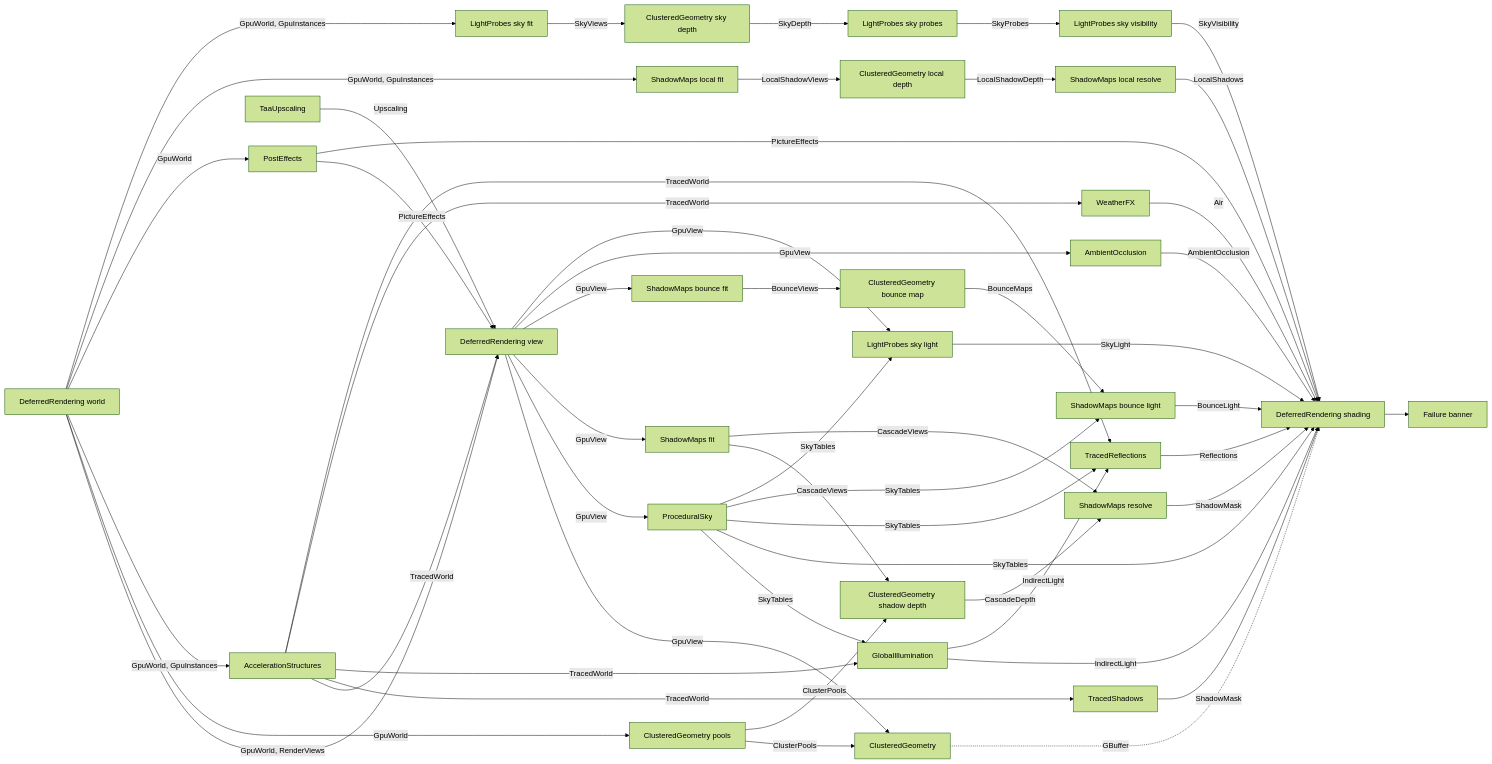
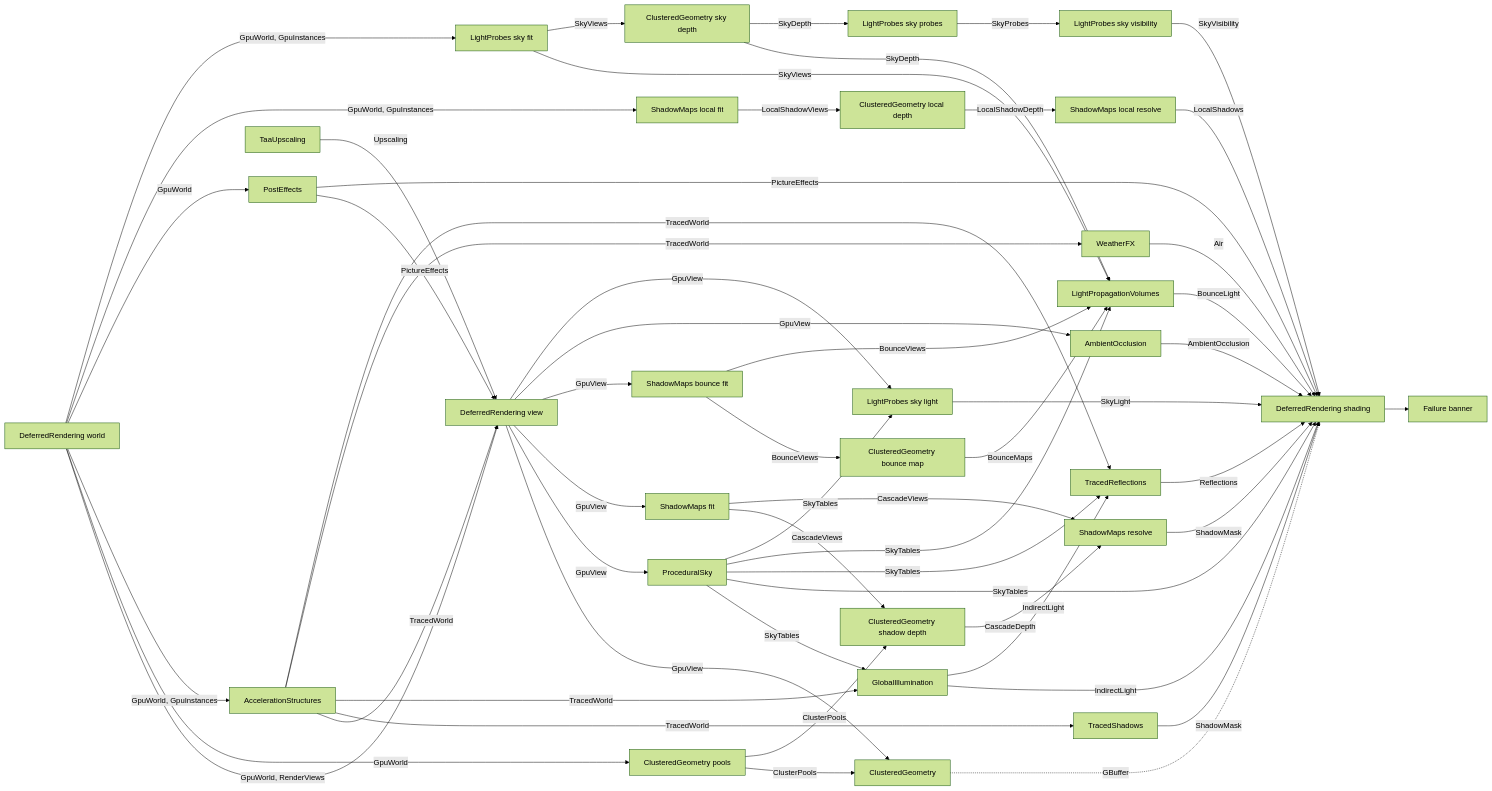
One commit to Konfus-org/Magic changed the diagram in docs/RENDERING.md. Above: the diagram before and after it, drawn with Mermaid (forest theme). The commit also changed other lines of this file and 11 other files, not shown here.

Commit message:
feat: add the LightPropagationVolumes gem, which spreads the sun's bounced light through a grid with walls from the sky maps

````diff
--- a/docs/RENDERING.md
+++ b/docs/RENDERING.md
@@ -12,53 +12,56 @@
 ```mermaid
 flowchart LR
     World[DeferredRendering world] -- GpuWorld, RenderViews --> View[DeferredRendering view]
     World -- GpuWorld --> Pools[ClusteredGeometry pools]
     World -- GpuWorld, GpuInstances --> Accel[AccelerationStructures]
     World -- GpuWorld --> Post[PostEffects]
     Taa[TaaUpscaling] -- Upscaling --> View
     Post -- PictureEffects --> View
     Accel -- TracedWorld --> View
     View -- GpuView --> Clusters[ClusteredGeometry]
     View -- GpuView --> Sky[ProceduralSky]
     Sky -- SkyTables --> GI
     Sky -- SkyTables --> Shading
     Sky -- SkyTables --> Refl
     Pools -- ClusterPools --> Clusters
     Accel -- TracedWorld --> Shadows[TracedShadows]
     Accel -- TracedWorld --> GI[GlobalIllumination]
     Accel -- TracedWorld --> Vol[WeatherFX]
     Shadows -- ShadowMask --> Shading[DeferredRendering shading]
     View -- GpuView --> Fit[ShadowMaps fit]
     Fit -- CascadeViews --> ShadowDepth[ClusteredGeometry shadow depth]
     Pools -- ClusterPools --> ShadowDepth
     ShadowDepth -- CascadeDepth --> Resolve[ShadowMaps resolve]
     Fit -- CascadeViews --> Resolve
     Resolve -- ShadowMask --> Shading
     World -- GpuWorld, GpuInstances --> LocalFit[ShadowMaps local fit]
     LocalFit -- LocalShadowViews --> LocalDepth[ClusteredGeometry local depth]
     LocalDepth -- LocalShadowDepth --> LocalResolve[ShadowMaps local resolve]
     LocalResolve -- LocalShadows --> Shading
     View -- GpuView --> BounceFit[ShadowMaps bounce fit]
     BounceFit -- BounceViews --> BounceDepth[ClusteredGeometry bounce map]
-    BounceDepth -- BounceMaps --> Bounce[ShadowMaps bounce light]
-    Sky -- SkyTables --> Bounce
-    Bounce -- BounceLight --> Shading
+    BounceDepth -- BounceMaps --> Lpv[LightPropagationVolumes]
+    BounceFit -- BounceViews --> Lpv
+    SkyFit -- SkyViews --> Lpv
+    SkyDepth -- SkyDepth --> Lpv
+    Sky -- SkyTables --> Lpv
+    Lpv -- BounceLight --> Shading
     View -- GpuView --> Gtao[AmbientOcclusion]
     Gtao -- AmbientOcclusion --> Shading
     View -- GpuView --> SkyLight[LightProbes sky light]
     Sky -- SkyTables --> SkyLight
     SkyLight -- SkyLight --> Shading
     World -- GpuWorld, GpuInstances --> SkyFit[LightProbes sky fit]
     SkyFit -- SkyViews --> SkyDepth[ClusteredGeometry sky depth]
     SkyDepth -- SkyDepth --> SkyProbes[LightProbes sky probes]
     SkyProbes -- SkyProbes --> SkySeen[LightProbes sky visibility]
     SkySeen -- SkyVisibility --> Shading
     GI -- IndirectLight --> Shading
     Accel -- TracedWorld --> Refl[TracedReflections]
     GI -- IndirectLight --> Refl
     Refl -- Reflections --> Shading
     Vol -- Air --> Shading
     Post -- PictureEffects --> Shading
     Clusters -. GBuffer .-> Shading
     Shading --> Banner[Failure banner]
 ```
````
